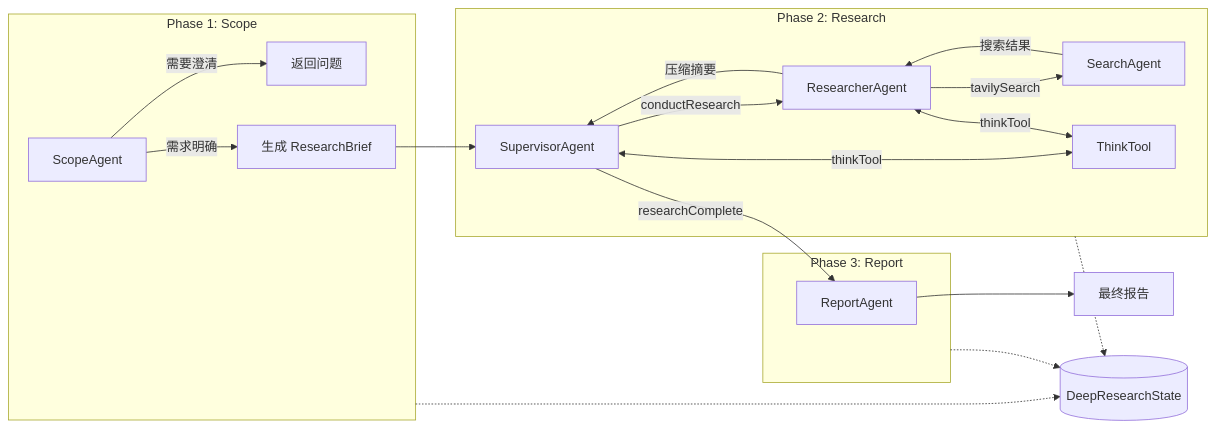
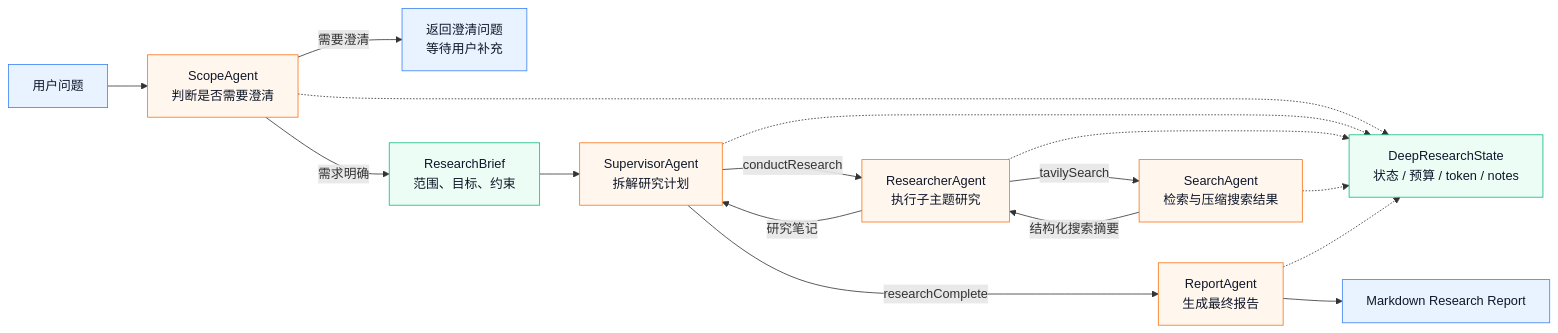
The second of 6 diagrams in README.md (haotangyuan/deep-research), drawn with Mermaid before and after one commit. The commit also changed other lines of this file and 69 other files, not shown here.

````diff
--- a/README.md
+++ b/README.md
@@ -54,35 +90,25 @@
 ```mermaid
 flowchart LR
-    subgraph Phase1[Phase 1: Scope]
-        Scope[ScopeAgent]
-        Scope -->|需要澄清| Clarify[返回问题]
-        Scope -->|需求明确| Brief[生成 ResearchBrief]
-    end
+    classDef agent fill:#FFF7ED,stroke:#F97316,color:#0F172A
+    classDef data fill:#ECFDF5,stroke:#10B981,color:#0F172A
+    classDef output fill:#E8F3FF,stroke:#3B82F6,color:#0F172A
 
-    subgraph Phase2[Phase 2: Research]
-        Supervisor[SupervisorAgent]
-        Researcher[ResearcherAgent]
-        Search[SearchAgent]
-        Think[ThinkTool]
-        
-        Supervisor -->|conductResearch| Researcher
-        Researcher -->|tavilySearch| Search
-        Researcher -->|压缩摘要| Supervisor
-        Search -->|搜索结果| Researcher
-        Supervisor <-->|thinkTool| Think
-        Researcher <-->|thinkTool| Think
-    end
+    User["用户问题"]:::output --> Scope["ScopeAgent<br/>判断是否需要澄清"]:::agent
+    Scope -->|"需要澄清"| Clarify["返回澄清问题<br/>等待用户补充"]:::output
+    Scope -->|"需求明确"| Brief["ResearchBrief<br/>范围、目标、约束"]:::data
 
-    subgraph Phase3[Phase 3: Report]
-        Report[ReportAgent]
-    end
+    Brief --> Supervisor["SupervisorAgent<br/>拆解研究计划"]:::agent
+    Supervisor -->|"conductResearch"| Researcher["ResearcherAgent<br/>执行子主题研究"]:::agent
+    Researcher -->|"tavilySearch"| Search["SearchAgent<br/>检索与压缩搜索结果"]:::agent
+    Search -->|"结构化搜索摘要"| Researcher
+    Researcher -->|"研究笔记"| Supervisor
+    Supervisor -->|"researchComplete"| Report["ReportAgent<br/>生成最终报告"]:::agent
+    Report --> Final["Markdown Research Report"]:::output
 
-    Brief --> Supervisor
-    Supervisor -->|researchComplete| Report
-    Report --> Final[最终报告]
-
-    State[(DeepResearchState)]
-    Phase1 -.-> State
-    Phase2 -.-> State
-    Phase3 -.-> State
+    State["DeepResearchState<br/>状态 / 预算 / token / notes"]:::data
+    Scope -.-> State
+    Supervisor -.-> State
+    Researcher -.-> State
+    Search -.-> State
+    Report -.-> State
 ```
````
